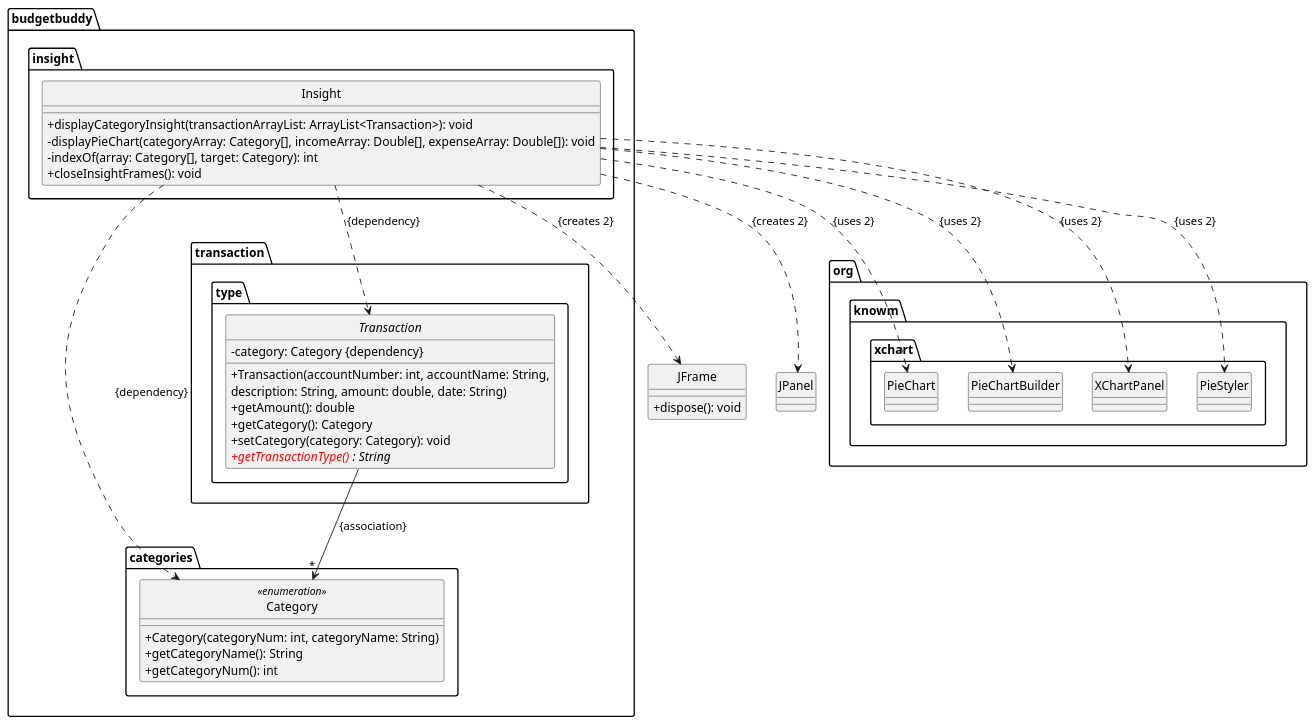
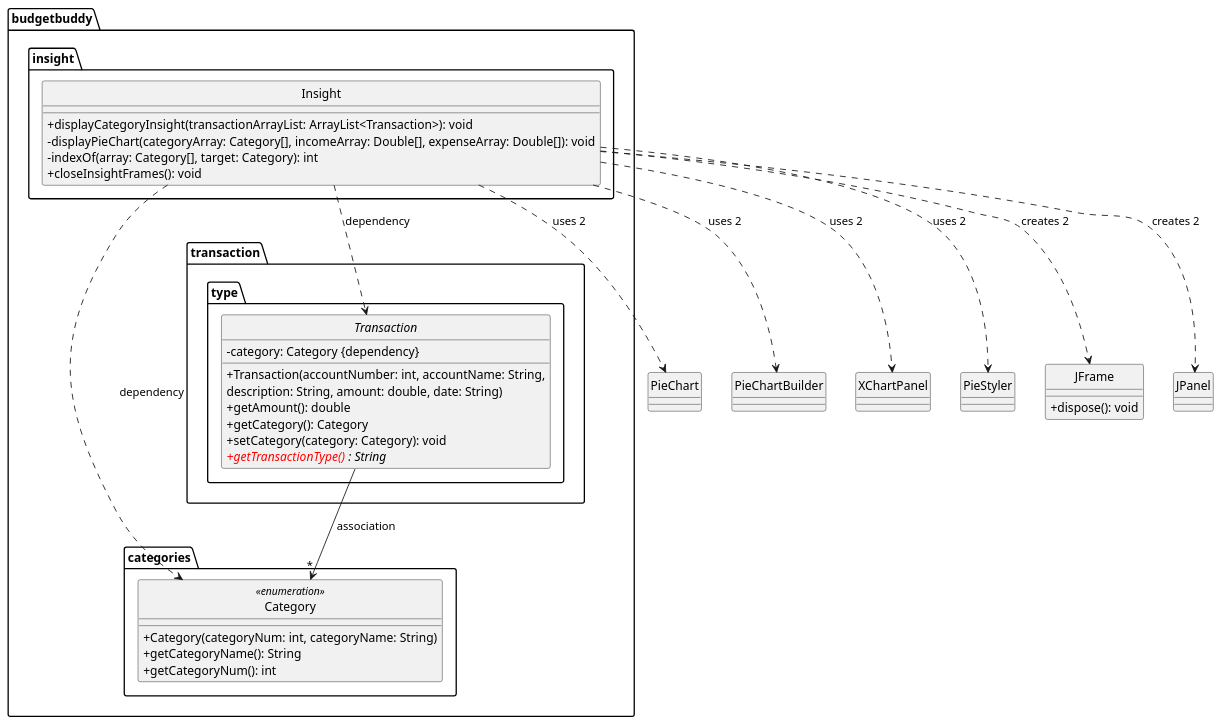
The diagram in docs/uml/insightDiagram.puml (Vavinan/tp), drawn with PlantUML before and after one commit. The commit also changed 1 other file, not shown here.

Commit message:
Refactor: Reduce complexity of the class diagram

```diff
--- a/docs/uml/insightDiagram.puml
+++ b/docs/uml/insightDiagram.puml
@@ -1,57 +1,55 @@
 @startuml
 skinparam classAttributeIconSize 0
 hide abstract circle
 hide class circle
 hide enum circle
 package budgetbuddy.insight {
     class Insight {
         +displayCategoryInsight(transactionArrayList: ArrayList<Transaction>): void
         -displayPieChart(categoryArray: Category[], incomeArray: Double[], expenseArray: Double[]): void
         -indexOf(array: Category[], target: Category): int
         +closeInsightFrames(): void
     }
 }
 
 package budgetbuddy.categories {
     enum Category <<enumeration>> {
         +Category(categoryNum: int, categoryName: String)
         +getCategoryName(): String
         +getCategoryNum(): int
     }
 }
 
 package budgetbuddy.transaction.type {
     abstract class Transaction{
         -category: Category {dependency}
         +Transaction(accountNumber: int, accountName: String,
             description: String, amount: double, date: String)
         +getAmount(): double
         +getCategory(): Category
         +setCategory(category: Category): void
         <color: Red>{abstract} +getTransactionType() </color>: String
     }
 }
 
-package org.knowm.xchart {
-    class PieChart
-    class PieChartBuilder
-    class XChartPanel
-    class PieStyler
-}
 
+class PieChart
+class PieChartBuilder
+class XChartPanel
+class PieStyler
 class JFrame {
     +dispose(): void
 }
 class JPanel
 
-Insight ...>  Category : " {dependency}        "
-Insight ..>   Transaction: {dependency}
-Transaction --> "*" Category: {association}
-Insight ..>  JFrame :{creates 2}
-Insight ..>  JPanel: {creates 2}
-Insight ..>  PieChart: {uses 2}
-Insight ..>  PieChartBuilder: {uses 2}
-Insight ..>  XChartPanel :{uses 2}
-Insight ..>  PieStyler: {uses 2}
+Insight ...>  Category : " dependency        "
+Insight ..>   Transaction: dependency
+Transaction --> "*" Category: association
+Insight ..>  JFrame :creates 2
+Insight ..>  JPanel: creates 2
+Insight ..>  PieChart: uses 2
+Insight ..>  PieChartBuilder: uses 2
+Insight ..>  XChartPanel :uses 2
+Insight ..>  PieStyler: uses 2
 
 @enduml
```
